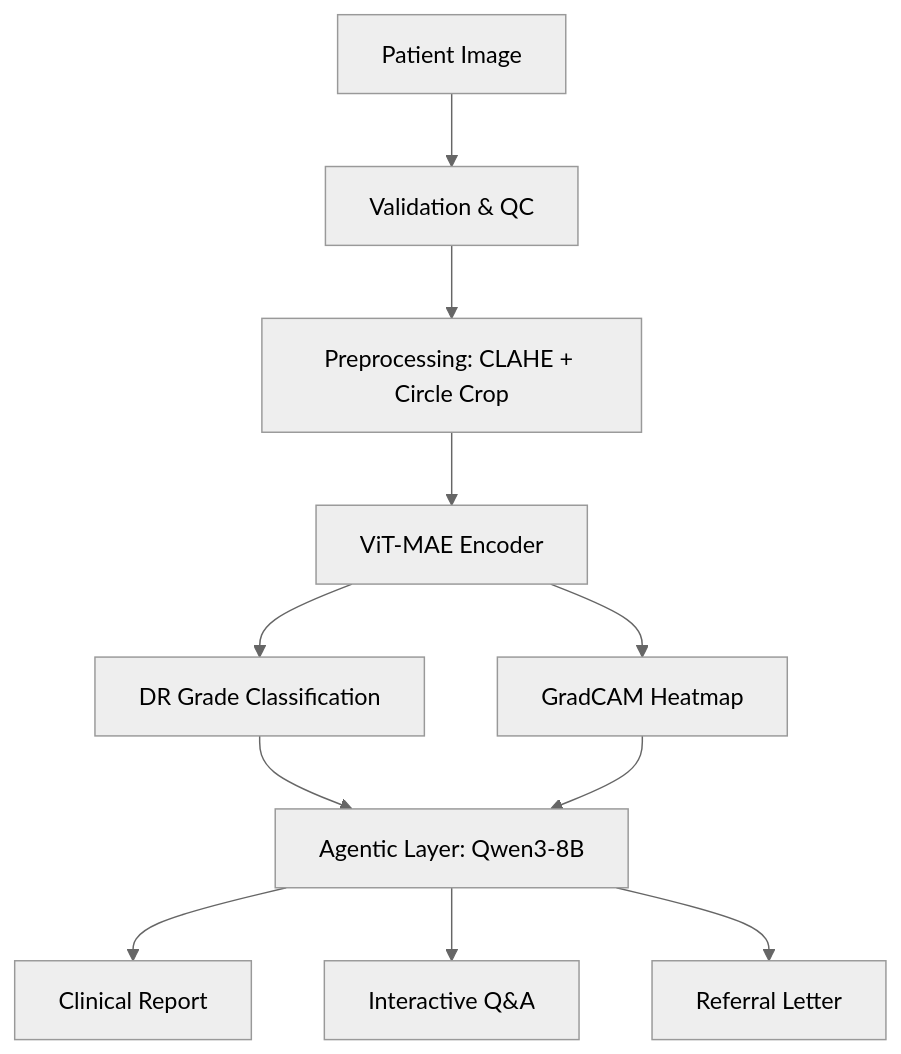
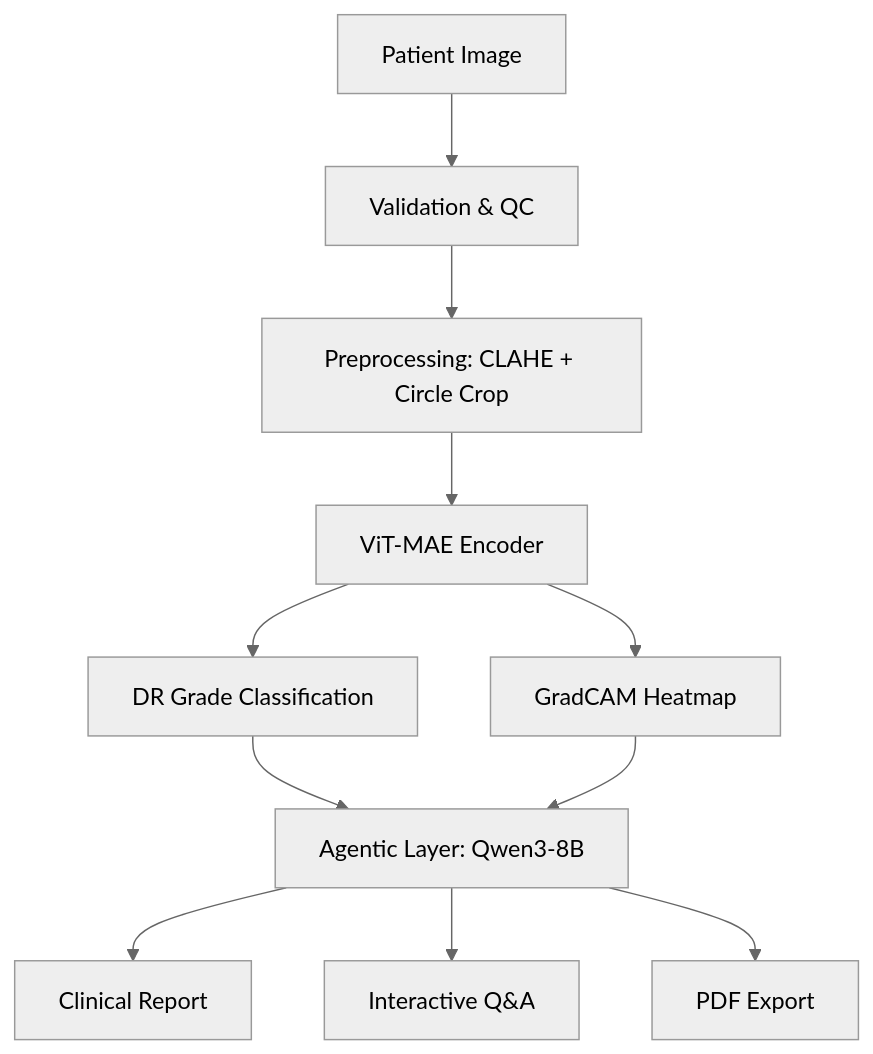
The diagram in README.md (codedbyasim/DrRetina), drawn with Mermaid (neutral theme) before and after one commit. The commit also changed other lines of this file, not shown here.

Commit message:
Update README: Replace referral letter feature with PDF export

````diff
--- a/README.md
+++ b/README.md
@@ -65,13 +65,13 @@
 ```mermaid
 graph TD
     A[Patient Image] --> B[Validation & QC]
     B --> C[Preprocessing: CLAHE + Circle Crop]
     C --> D[ViT-MAE Encoder]
     D --> E[DR Grade Classification]
     D --> F[GradCAM Heatmap]
     E --> G[Agentic Layer: Qwen3-8B]
     F --> G
     G --> H[Clinical Report]
     G --> I[Interactive Q&A]
-    G --> J[Referral Letter]
+    G --> J[PDF Export]
 ```
````
